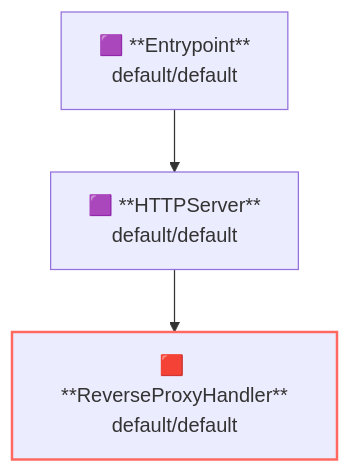
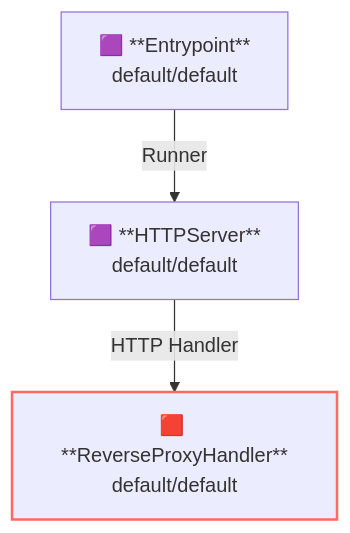
One commit to aileron-gateway/aileron-gateway changed the second of 2 diagrams in examples/proxy-loadbalancing/README.md. Above: the diagram before and after it, drawn with Mermaid. The commit also changed other lines of this file and 244 other files, not shown here.

````diff
--- a/examples/proxy-loadbalancing/README.md
+++ b/examples/proxy-loadbalancing/README.md
@@ -119,12 +86,12 @@
 ```mermaid
 graph TD
   Entrypoint["🟪 **Entrypoint**</br>default/default"]
   HTTPServer["🟪 **HTTPServer**</br>default/default"]
   ReverseProxyHandler["🟥 **ReverseProxyHandler**</br>default/default"]
 
-  Entrypoint --> HTTPServer
-  HTTPServer --> ReverseProxyHandler
+  Entrypoint --"Runner"--> HTTPServer
+  HTTPServer --"HTTP Handler"--> ReverseProxyHandler
   ReverseProxyHandler
 
 style ReverseProxyHandler stroke:#ff6961,stroke-width:2px
 ```
````
